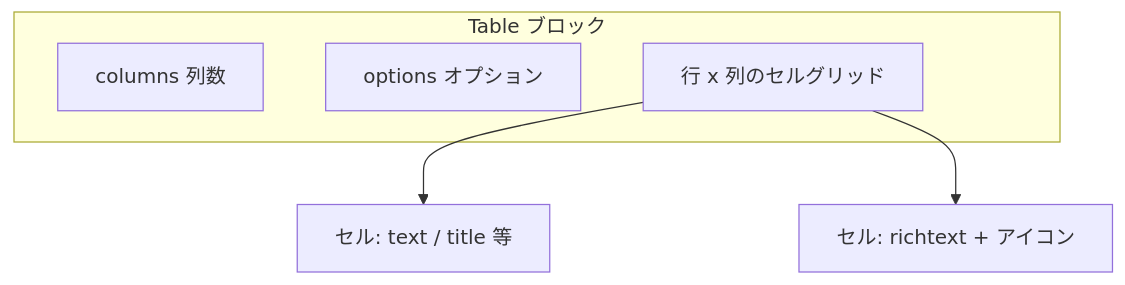
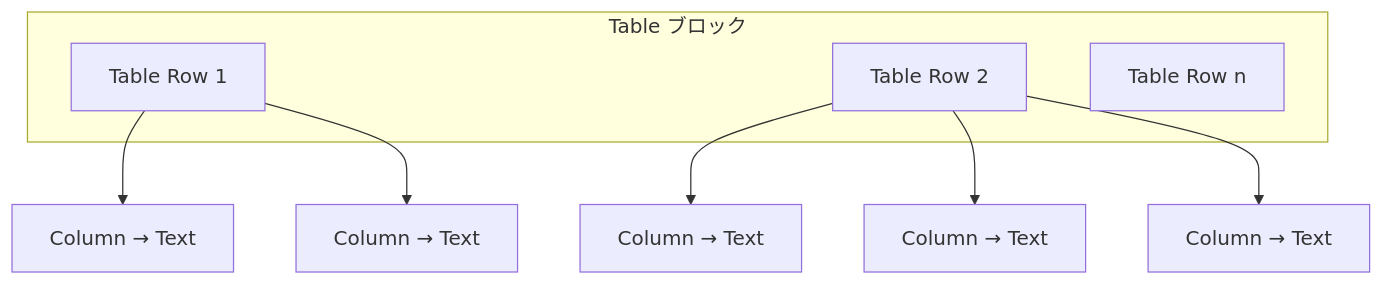
Before and after one commit to okuyama-hiroki/universal-editor-getting: the diagram in blocks/table/DESIGN.md, drawn with Mermaid. The commit also changed other lines of this file and 6 other files, not shown here.

````diff
--- a/blocks/table/DESIGN.md
+++ b/blocks/table/DESIGN.md
@@ -63,10 +55,13 @@
 ```mermaid
 flowchart TB
   subgraph tableBlock [Table ブロック]
-    F1[columns 列数]
-    F2[options オプション]
-    G[行 x 列のセルグリッド]
+    R1[Table Row 1]
+    R2[Table Row 2]
+    RN[Table Row n]
   end
-  G --> C1[セル: text / title 等]
-  G --> C2[セル: richtext + アイコン]
+  R1 --> C11[Column → Text]
+  R1 --> C12[Column → Text]
+  R2 --> C21[Column → Text]
+  R2 --> C22[Column → Text]
+  R2 --> C23[Column → Text]
 ```
````
